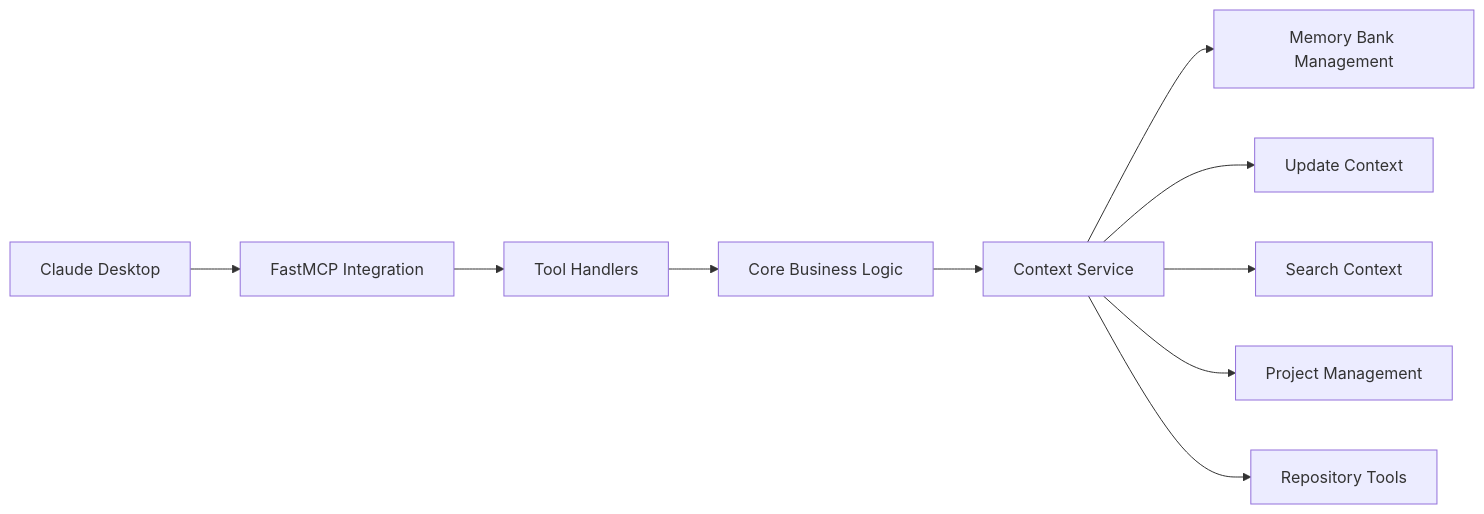
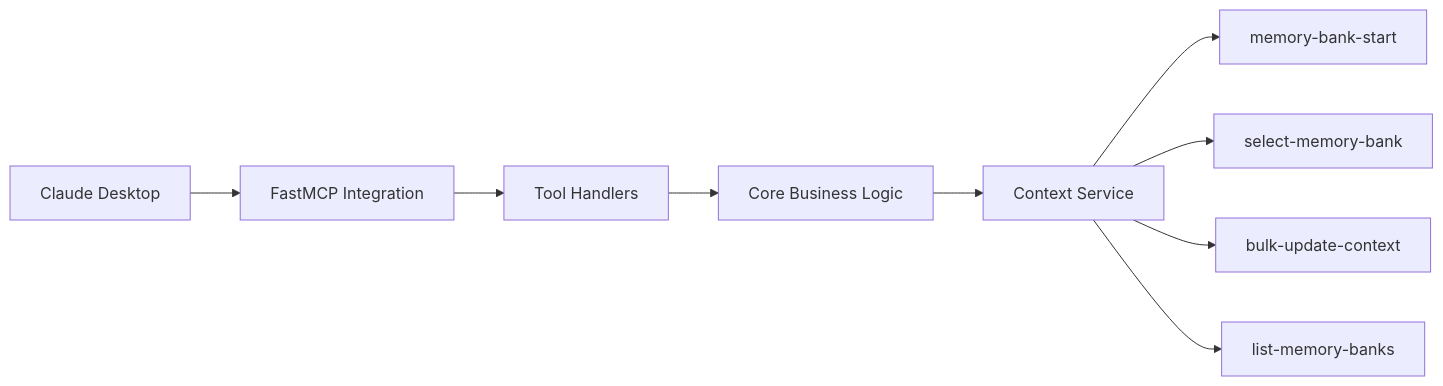
The third of 9 diagrams in doc/mcp-design.md (philippe-guerit/claude-desktop-memory-bank), drawn with Mermaid before and after one commit. The commit also changed other lines of this file and 6 other files, not shown here.

First line of the commit message:
docs: Implement Phase 3 of Memory Bank Tool Simplification

````diff
--- a/doc/mcp-design.md
+++ b/doc/mcp-design.md
@@ -87,12 +88,11 @@
 ```mermaid
 flowchart LR
     Claude[Claude Desktop] --> FastMCP[FastMCP Integration]
     FastMCP --> Tools[Tool Handlers]
     Tools --> Core[Core Business Logic]
     Core --> ContextSvc[Context Service]
-    ContextSvc --> MBM[Memory Bank Management]
-    ContextSvc --> Update[Update Context]
-    ContextSvc --> Search[Search Context]
-    ContextSvc --> Project[Project Management]
-    ContextSvc --> Repo[Repository Tools]
+    ContextSvc --> MBS[memory-bank-start]
+    ContextSvc --> SMB[select-memory-bank]
+    ContextSvc --> BUC[bulk-update-context]
+    ContextSvc --> LMB[list-memory-banks]
 ```
````
